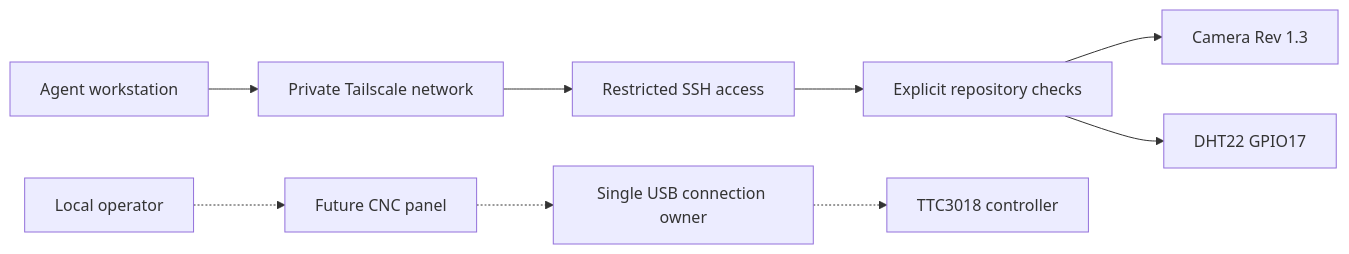
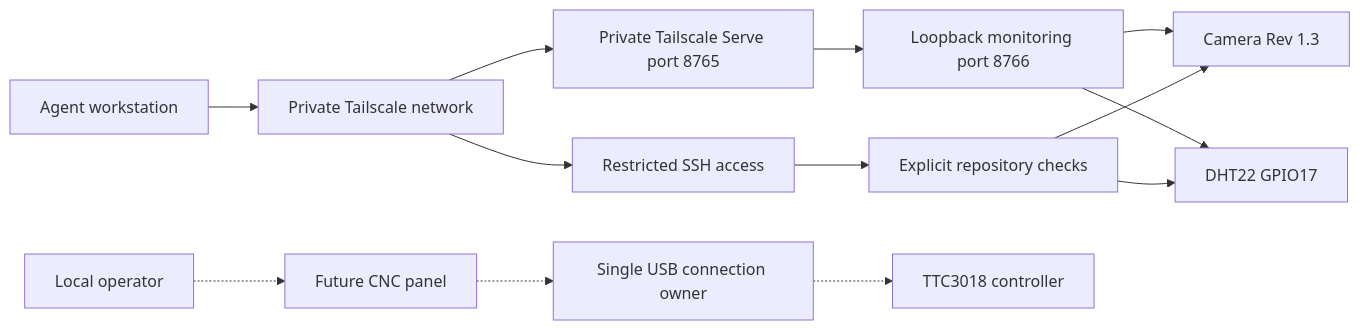
The diagram in docs/architecture/system.md (Trafficode/ttc3018-bot), drawn with Mermaid before and after one commit. The commit also changed other lines of this file and 15 other files, not shown here.

Commit message:
Add private camera and environmental monitoring dashboard

````diff
--- a/docs/architecture/system.md
+++ b/docs/architecture/system.md
@@ -6,11 +6,15 @@
 ```mermaid
 flowchart LR
     Agent[Agent workstation] --> TS[Private Tailscale network]
     TS --> SSH[Restricted SSH access]
+    TS --> Serve[Private Tailscale Serve port 8765]
+    Serve --> Monitor[Loopback monitoring port 8766]
+    Monitor --> Camera
+    Monitor --> DHT
     SSH --> Scripts[Explicit repository checks]
     Scripts --> Camera[Camera Rev 1.3]
     Scripts --> DHT[DHT22 GPIO17]
     Operator[Local operator] -.-> Panel[Future CNC panel]
     Panel -.-> USB[Single USB connection owner]
     USB -.-> CNC[TTC3018 controller]
 ```
````
